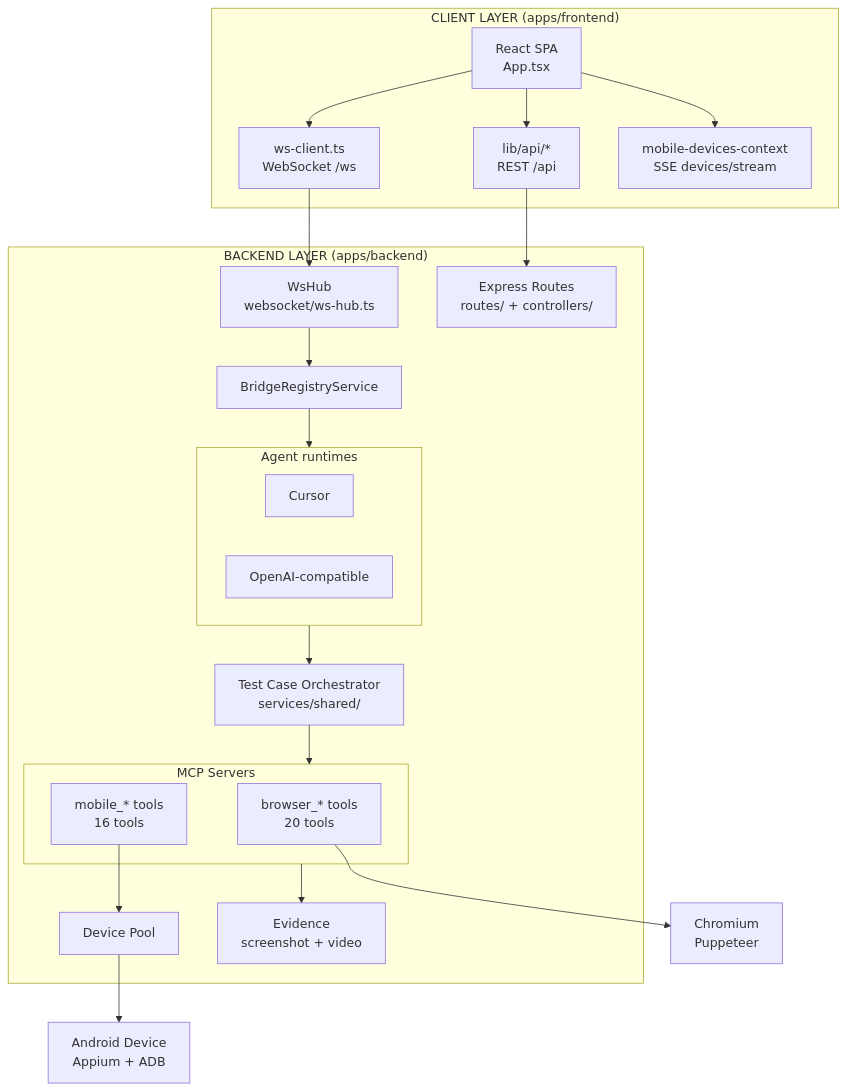
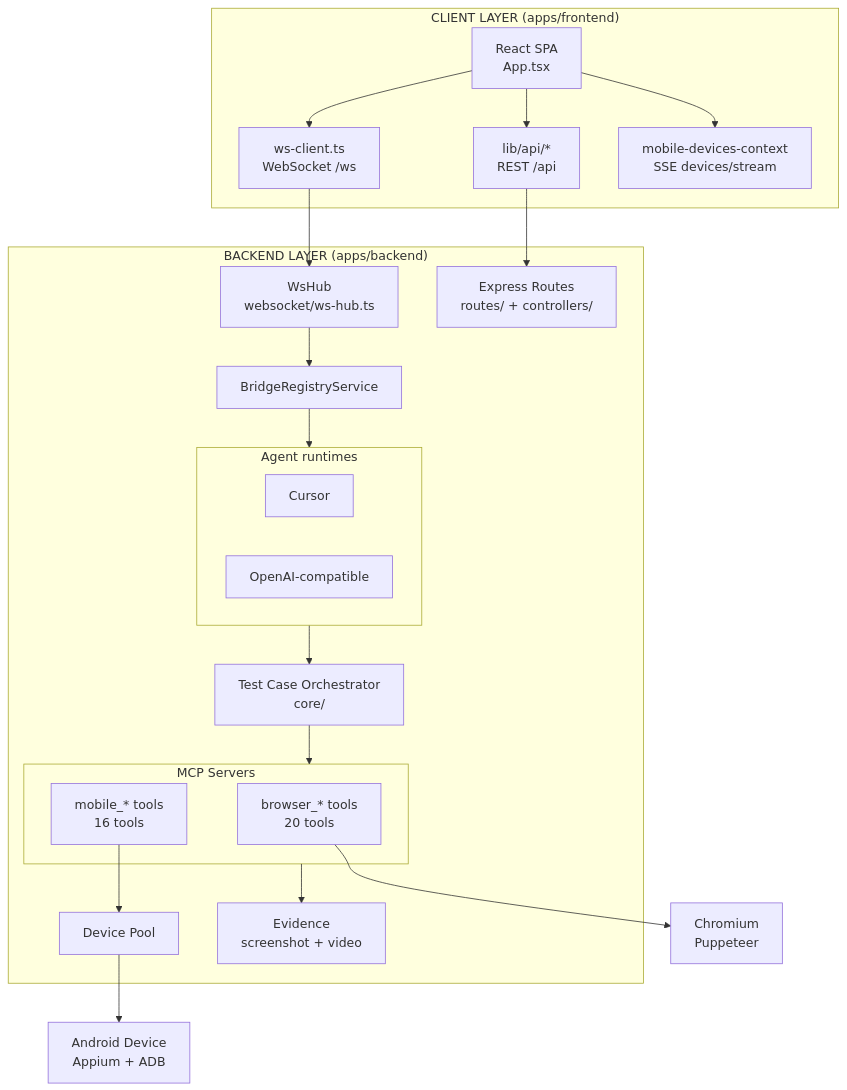
Before and after one commit to fikriknitto/knitto-agent-automation: the first of 2 diagrams in docs/architecture.md, drawn with Mermaid. The commit also changed other lines of this file and 5 other files, not shown here.

````diff
--- a/docs/architecture.md
+++ b/docs/architecture.md
@@ -19,37 +19,37 @@
 ```mermaid
 graph TB
   subgraph Client["CLIENT LAYER (apps/frontend)"]
     UI[React SPA<br/>App.tsx]
     WS[ws-client.ts<br/>WebSocket /ws]
     REST[lib/api/*<br/>REST /api]
     SSE[mobile-devices-context<br/>SSE devices/stream]
   end
 
   subgraph Backend["BACKEND LAYER (apps/backend)"]
     HUB[WsHub<br/>websocket/ws-hub.ts]
     ROUTES[Express Routes<br/>routes/ + controllers/]
     REG[BridgeRegistryService]
     subgraph Bridges["Agent runtimes"]
       Cursor[Cursor]
       OpenAI[OpenAI-compatible]
     end
-    ORCH[Test Case Orchestrator<br/>services/shared/]
+    ORCH[Test Case Orchestrator<br/>core/]
     subgraph MCP["MCP Servers"]
       BMCP[browser_* tools<br/>20 tools]
       MMCP[mobile_* tools<br/>16 tools]
     end
     POOL[Device Pool]
     EVID[Evidence<br/>screenshot + video]
   end
 
   BROWSER[Chromium<br/>Puppeteer]
   DEVICE[Android Device<br/>Appium + ADB]
 
   UI --> WS --> HUB --> REG --> Bridges
   UI --> REST --> ROUTES
   UI --> SSE
   Bridges --> ORCH --> MCP
   BMCP --> BROWSER
   MMCP --> POOL --> DEVICE
   MCP --> EVID
 ```
````
